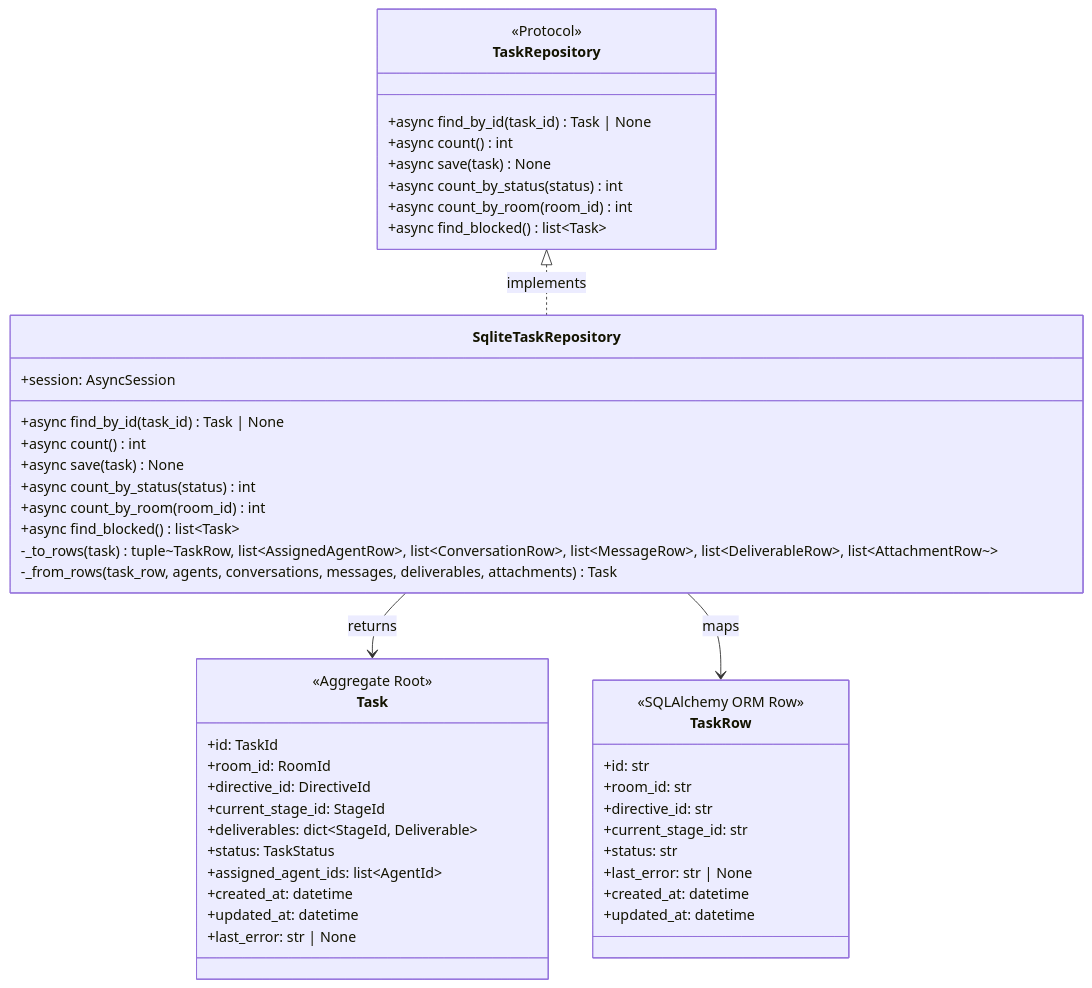
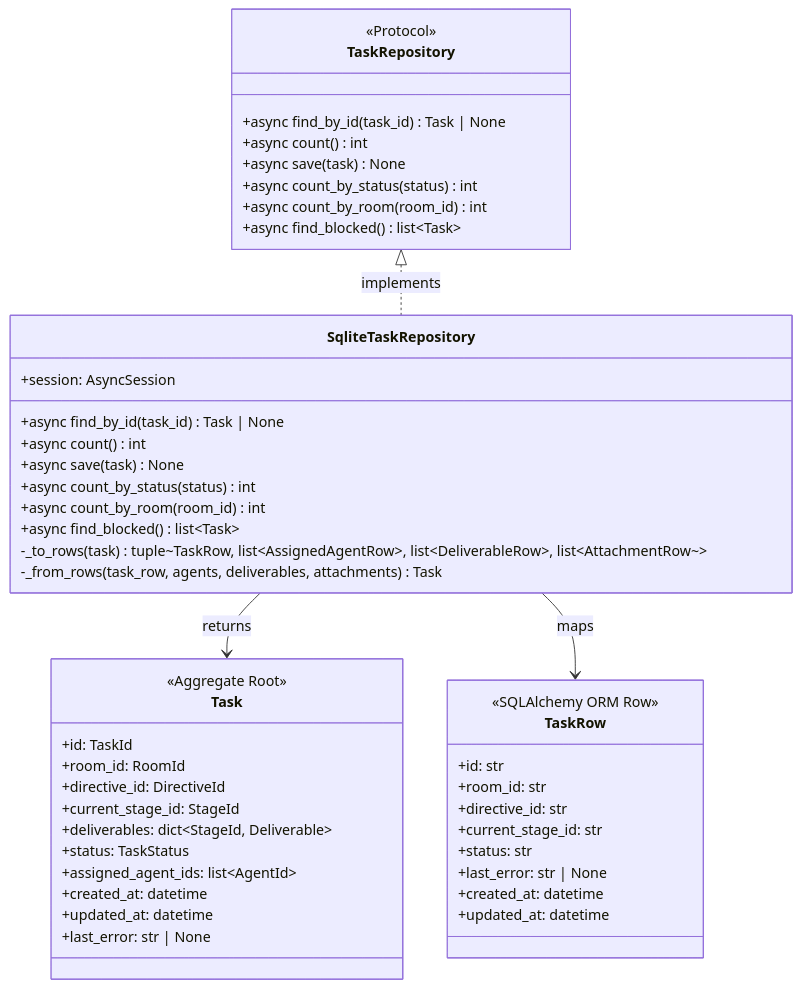
The first of 3 diagrams in docs/features/task-repository/basic-design.md (bakufu-dev/bakufu), drawn with Mermaid before and after one commit. The commit also changed other lines of this file and 28 other files, not shown here.

````diff
--- a/docs/features/task-repository/basic-design.md
+++ b/docs/features/task-repository/basic-design.md
@@ -84,51 +82,51 @@
 ```mermaid
 classDiagram
     class TaskRepository {
         <<Protocol>>
         +async find_by_id(task_id) Task | None
         +async count() int
         +async save(task) None
         +async count_by_status(status) int
         +async count_by_room(room_id) int
         +async find_blocked() list~Task~
     }
     class SqliteTaskRepository {
         +session: AsyncSession
         +async find_by_id(task_id) Task | None
         +async count() int
         +async save(task) None
         +async count_by_status(status) int
         +async count_by_room(room_id) int
         +async find_blocked() list~Task~
-        -_to_rows(task) tuple~TaskRow, list~AssignedAgentRow~, list~ConversationRow~, list~MessageRow~, list~DeliverableRow~, list~AttachmentRow~~
-        -_from_rows(task_row, agents, conversations, messages, deliverables, attachments) Task
+        -_to_rows(task) tuple~TaskRow, list~AssignedAgentRow~, list~DeliverableRow~, list~AttachmentRow~~
+        -_from_rows(task_row, agents, deliverables, attachments) Task
     }
     class Task {
         <<Aggregate Root>>
         +id: TaskId
         +room_id: RoomId
         +directive_id: DirectiveId
         +current_stage_id: StageId
         +deliverables: dict~StageId, Deliverable~
         +status: TaskStatus
         +assigned_agent_ids: list~AgentId~
         +created_at: datetime
         +updated_at: datetime
         +last_error: str | None
     }
     class TaskRow {
         <<SQLAlchemy ORM Row>>
         +id: str
         +room_id: str
         +directive_id: str
         +current_stage_id: str
         +status: str
         +last_error: str | None
         +created_at: datetime
         +updated_at: datetime
     }
 
     TaskRepository <|.. SqliteTaskRepository : implements
     SqliteTaskRepository --> Task : returns
     SqliteTaskRepository --> TaskRow : maps
 ```
````
